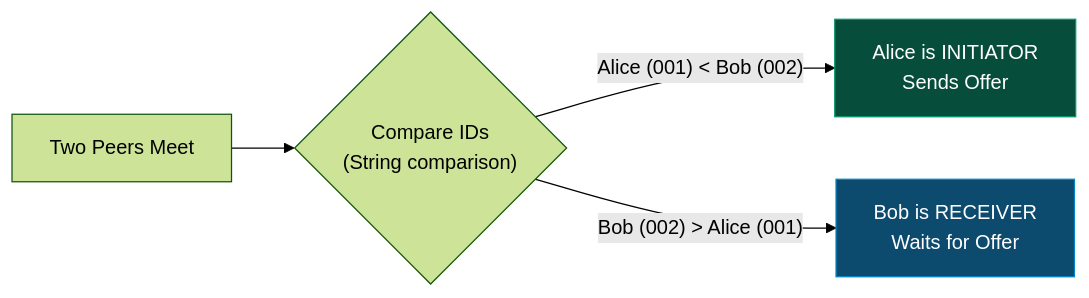
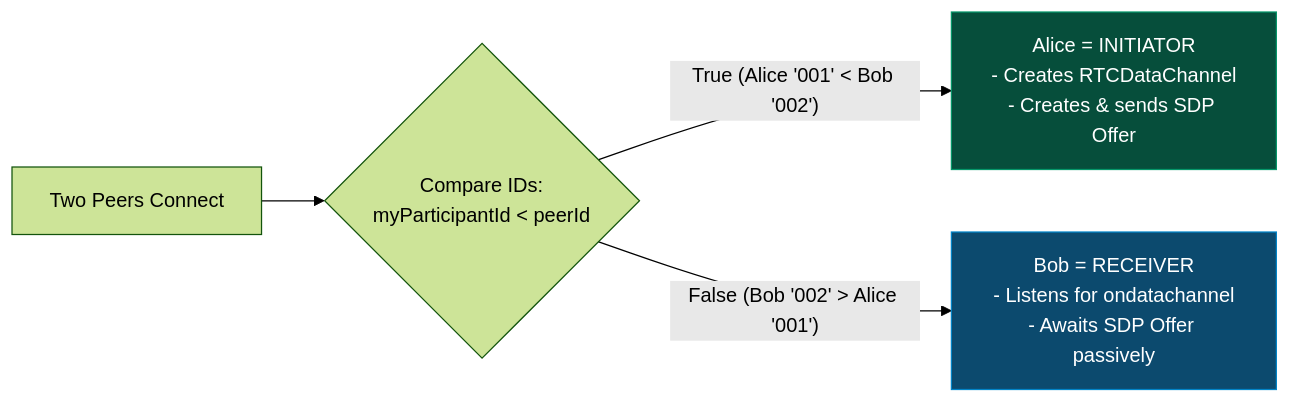
The seventh of 15 diagrams in WEBRTC.md (Ayush-0247/Plutus-Chat), drawn with Mermaid (forest theme) before and after one commit. The commit also changed other lines of this file, not shown here.

````diff
--- a/WEBRTC.md
+++ b/WEBRTC.md
@@ -167,9 +373,9 @@
 ```mermaid
 flowchart LR
-    Start["Two Peers Meet"] --> Check{"Compare IDs\n(String comparison)"}
-    Check -- "Alice (001) < Bob (002)" --> Alice["Alice is INITIATOR\nSends Offer"]
-    Check -- "Bob (002) > Alice (001)" --> Bob["Bob is RECEIVER\nWaits for Offer"]
+    Start["Two Peers Connect"] --> Check{"Compare IDs:\nmyParticipantId < peerId"}
+    Check -- "True (Alice '001' < Bob '002')" --> Alice["Alice = INITIATOR\n- Creates RTCDataChannel\n- Creates & sends SDP Offer"]
+    Check -- "False (Bob '002' > Alice '001')" --> Bob["Bob = RECEIVER\n- Listens for ondatachannel\n- Awaits SDP Offer passively"]
     
     style Alice fill:#064e3b,stroke:#059669,color:#fff
     style Bob fill:#0c4a6e,stroke:#0284c7,color:#fff
 ```
````
